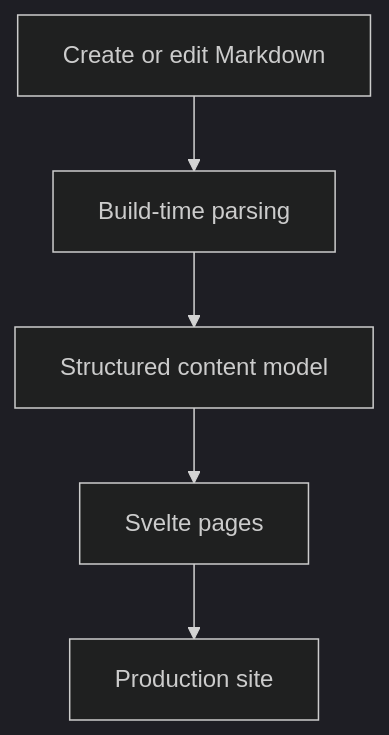
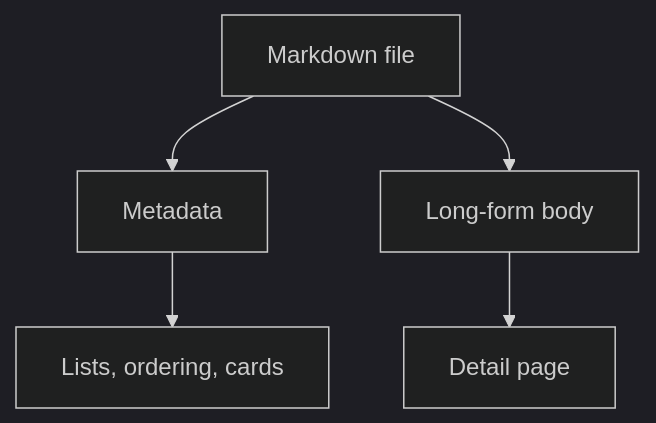
The second of 3 diagrams in frontend/content/projects/portfolio-website.md (farismnrr/portofolio), drawn with Mermaid (dark theme) before and after one commit. The commit also changed other lines of this file and 6 other files, not shown here.

````diff
--- a/frontend/content/projects/portfolio-website.md
+++ b/frontend/content/projects/portfolio-website.md
@@ -54,7 +100,7 @@
 ```mermaid
 flowchart TD
-    A[Create or edit Markdown] --> B[Build-time parsing]
-    B --> C[Structured content model]
-    C --> D[Svelte pages]
-    D --> E[Production site]
+    A[Markdown file] --> B[Metadata]
+    A --> C[Long-form body]
+    B --> D[Lists, ordering, cards]
+    C --> E[Detail page]
 ```
````
